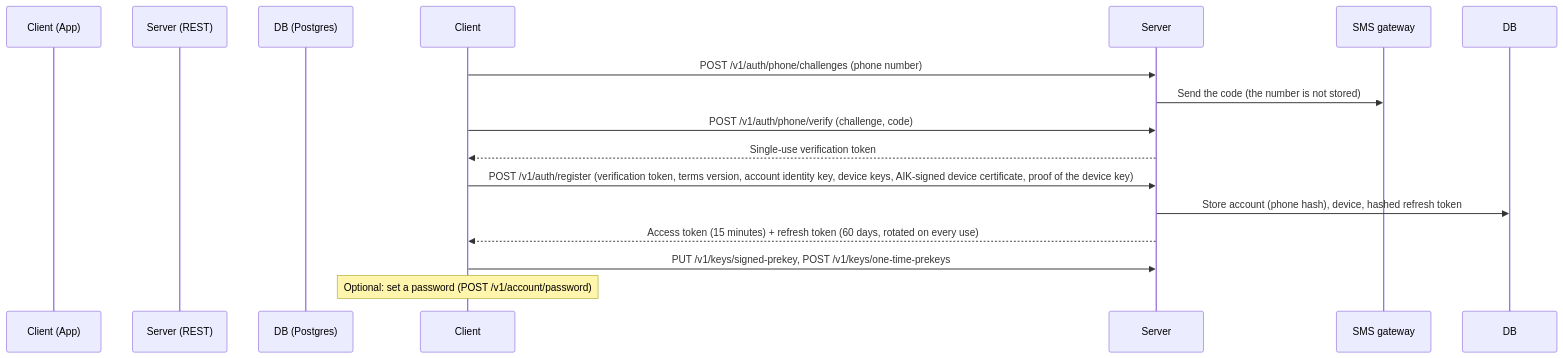
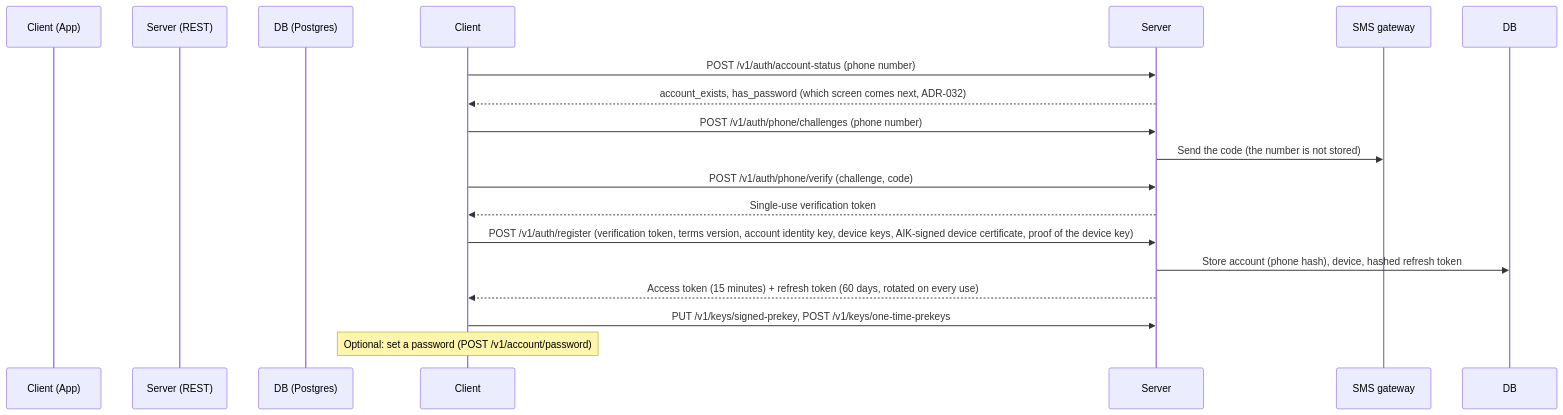
One commit to Saif287472/helix changed the first of 4 diagrams in helix_remote/docs/product/DATA_FLOW.md. Above: the diagram before and after it, drawn with Mermaid. The commit also changed other lines of this file and 6 other files, not shown here.

Commit message:
docs, identity: ADR-032, the answer that chooses the next screen (pending review)

````diff
--- a/helix_remote/docs/product/DATA_FLOW.md
+++ b/helix_remote/docs/product/DATA_FLOW.md
@@ -12,16 +12,18 @@
 ```mermaid
 sequenceDiagram
     participant Client (App)
     participant Server (REST)
     participant DB (Postgres)
 
+    Client->>Server: POST /v1/auth/account-status (phone number)
+    Server-->>Client: account_exists, has_password (which screen comes next, ADR-032)
     Client->>Server: POST /v1/auth/phone/challenges (phone number)
     Server->>SMS gateway: Send the code (the number is not stored)
     Client->>Server: POST /v1/auth/phone/verify (challenge, code)
     Server-->>Client: Single-use verification token
     Client->>Server: POST /v1/auth/register (verification token, terms version, account identity key, device keys, AIK-signed device certificate, proof of the device key)
     Server->>DB: Store account (phone hash), device, hashed refresh token
     Server-->>Client: Access token (15 minutes) + refresh token (60 days, rotated on every use)
     Client->>Server: PUT /v1/keys/signed-prekey, POST /v1/keys/one-time-prekeys
     Note over Client: Optional: set a password (POST /v1/account/password)
 ```
````
